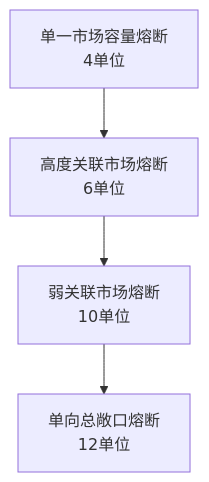
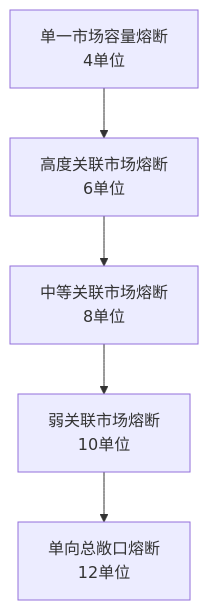
Before and after one commit to raymodny-ai/The-Modern-Turtle-Protocol: the seventh of 7 diagrams in .qoder/repowiki/zh/content/核心功能模块/风险管理系统/投资组合风险控制.md, drawn with Mermaid. The commit also changed other lines of this file and 15 other files, not shown here.

````diff
--- a/.qoder/repowiki/zh/content/核心功能模块/风险管理系统/投资组合风险控制.md
+++ b/.qoder/repowiki/zh/content/核心功能模块/风险管理系统/投资组合风险控制.md
@@ -295,6 +345,7 @@
 ```mermaid
 graph TB
 T1["单一市场容量熔断<br/>4单位"] --> T2["高度关联市场熔断<br/>6单位"]
-T2 --> T3["弱关联市场熔断<br/>10单位"]
-T3 --> T4["单向总敞口熔断<br/>12单位"]
+T2 --> T3["中等关联市场熔断<br/>8单位"]
+T3 --> T4["弱关联市场熔断<br/>10单位"]
+T4 --> T5["单向总敞口熔断<br/>12单位"]
 ```
````
